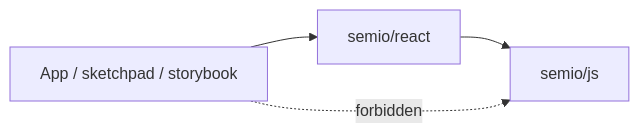
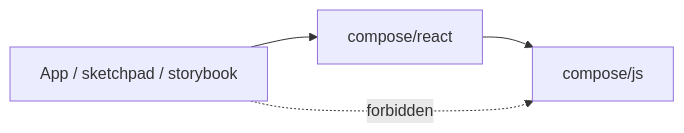
Before and after one commit to usalu/semio: the first of 2 diagrams in .cursor/plans/refactor-react-composable-contexts_ec8b0106.plan.md, drawn with Mermaid. The commit also changed other lines of this file and 7735 other files, not shown here.

````diff
--- a/.cursor/plans/refactor-react-composable-contexts_ec8b0106.plan.md
+++ b/.cursor/plans/refactor-react-composable-contexts_ec8b0106.plan.md
@@ -59,6 +59,6 @@
 ```mermaid
 graph LR
-  Consumer[App / sketchpad / storybook] --> ReactLib[semio/react]
-  ReactLib --> JsLib[semio/js]
+  Consumer[App / sketchpad / storybook] --> ReactLib[compose/react]
+  ReactLib --> JsLib[compose/js]
   Consumer -.->|forbidden| JsLib
 ```
````
